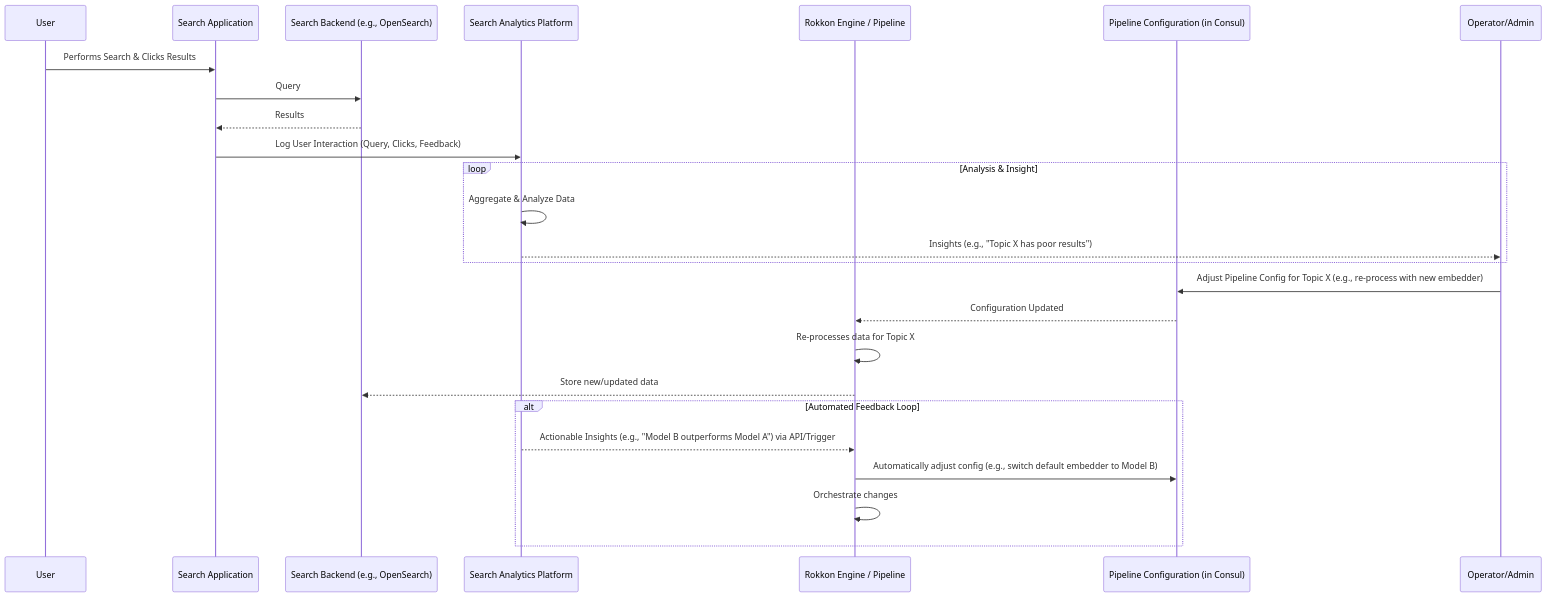
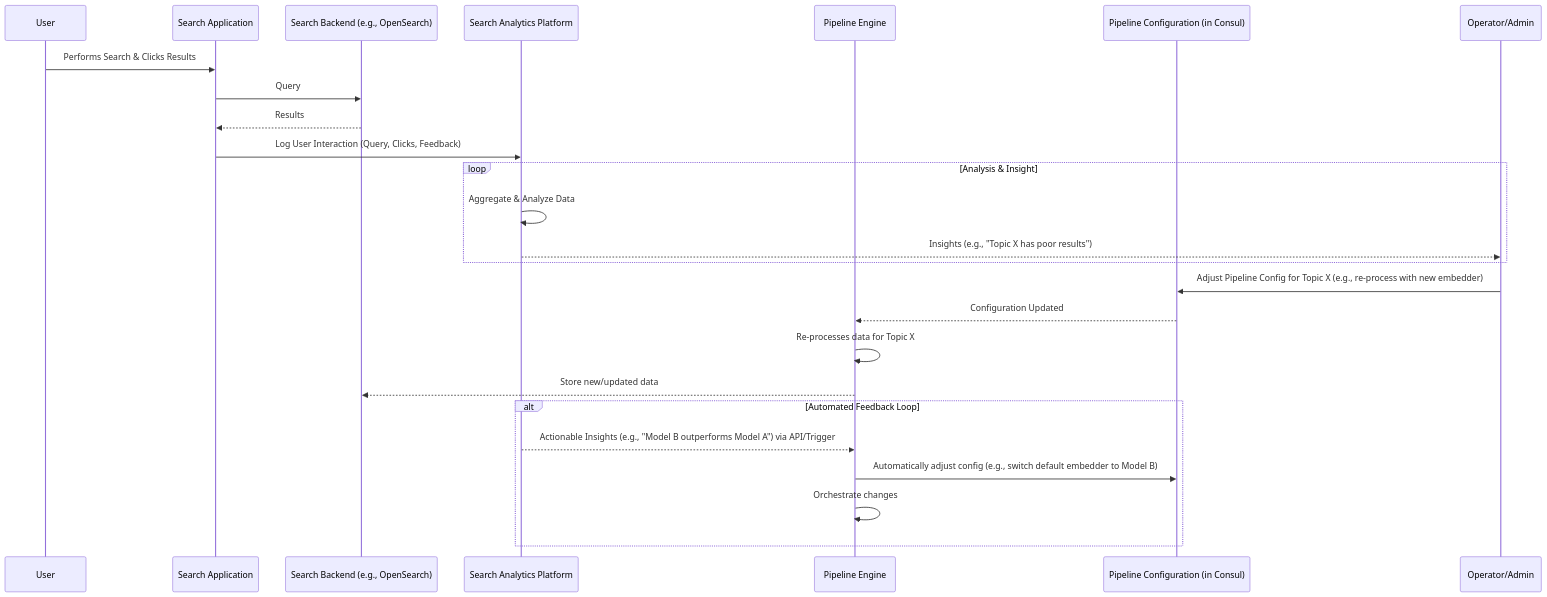
One commit to krickert/rokkon changed the second of 2 diagrams in ARCHITECTURE/Future_search_capabilities.md. Above: the diagram before and after it, drawn with Mermaid. The commit also changed other lines of this file and 75 other files, not shown here.

````diff
--- a/ARCHITECTURE/Future_search_capabilities.md
+++ b/ARCHITECTURE/Future_search_capabilities.md
@@ -98,31 +98,31 @@
 ```mermaid
 sequenceDiagram
     participant User
     participant SearchApp as Search Application
     participant SearchBackend as Search Backend (e.g., OpenSearch)
     participant SearchAnalytics as Search Analytics Platform
-    participant RokkonEngine as Rokkon Engine / Pipeline
+    participant PipelineEngine as Pipeline Engine
     participant PipelineConfig as Pipeline Configuration (in Consul)
 
     User->>SearchApp: Performs Search & Clicks Results
     SearchApp->>SearchBackend: Query
     SearchBackend-->>SearchApp: Results
     SearchApp->>SearchAnalytics: Log User Interaction (Query, Clicks, Feedback)
 
     loop Analysis & Insight
         SearchAnalytics->>SearchAnalytics: Aggregate & Analyze Data
         SearchAnalytics-->>Operator/Admin: Insights (e.g., "Topic X has poor results")
     end
 
     Operator/Admin->>PipelineConfig: Adjust Pipeline Config for Topic X (e.g., re-process with new embedder)
-    PipelineConfig-->>RokkonEngine: Configuration Updated
-    RokkonEngine->>RokkonEngine: Re-processes data for Topic X
-    RokkonEngine-->>SearchBackend: Store new/updated data
+    PipelineConfig-->>PipelineEngine: Configuration Updated
+    PipelineEngine->>PipelineEngine: Re-processes data for Topic X
+    PipelineEngine-->>SearchBackend: Store new/updated data
 
     %% Future: Automated Feedback
     alt Automated Feedback Loop
-        SearchAnalytics-->>RokkonEngine: Actionable Insights (e.g., "Model B outperforms Model A") via API/Trigger
-        RokkonEngine->>PipelineConfig: Automatically adjust config (e.g., switch default embedder to Model B)
-        RokkonEngine->>RokkonEngine: Orchestrate changes
+        SearchAnalytics-->>PipelineEngine: Actionable Insights (e.g., "Model B outperforms Model A") via API/Trigger
+        PipelineEngine->>PipelineConfig: Automatically adjust config (e.g., switch default embedder to Model B)
+        PipelineEngine->>PipelineEngine: Orchestrate changes
     end
 ```
````
